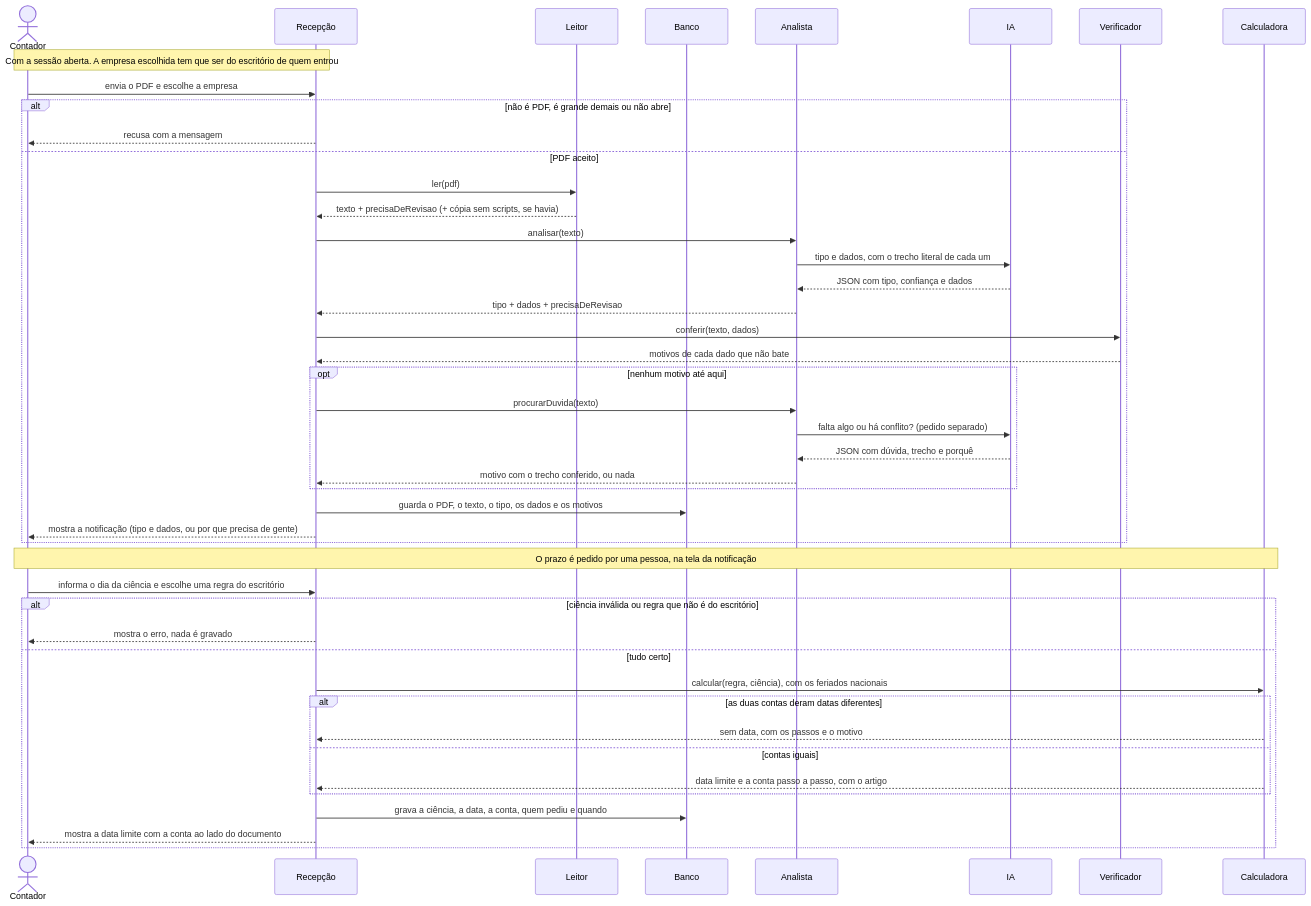
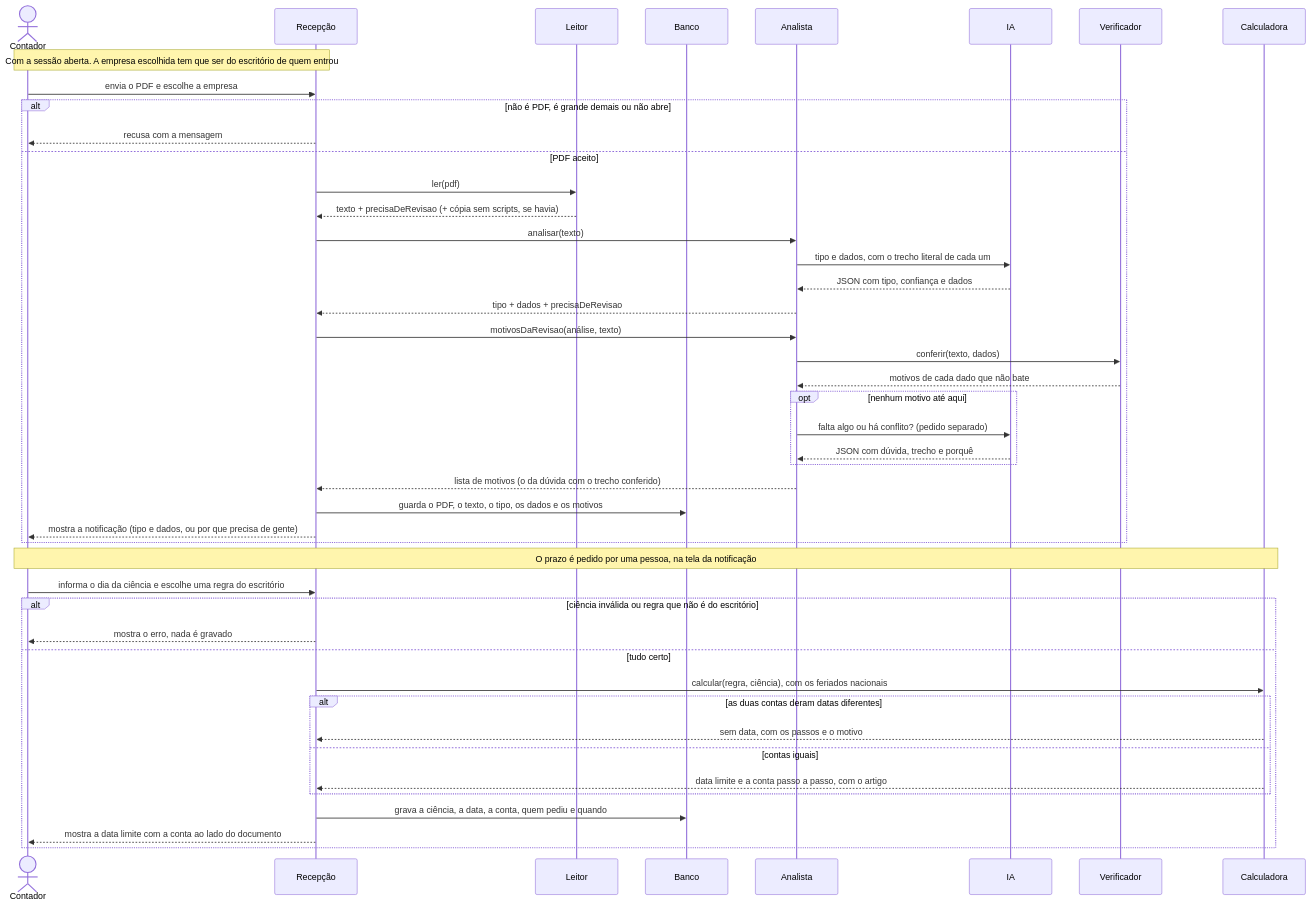
One commit to namtech-agents/atalaia changed the sixth of 9 diagrams in docs/04-arquitetura/arquitetura.md. Above: the diagram before and after it, drawn with Mermaid. The commit also changed other lines of this file and 7 other files, not shown here.

Commit message:
fix: segunda passada desconfia de resposta que se contradiz, filtra o porquê da IA, motivos num lugar só, teste em pares (revisão do Hefesto, #97)

````diff
--- a/docs/04-arquitetura/arquitetura.md
+++ b/docs/04-arquitetura/arquitetura.md
@@ -525,50 +526,50 @@
 ```mermaid
 sequenceDiagram
     actor Contador
     participant Recepcao as Recepção
     participant Leitor
     participant Banco
     participant Analista
     participant IA
     participant Verificador
     participant Calculadora
 
     Note over Contador,Recepcao: Com a sessão aberta. A empresa escolhida tem que ser do escritório de quem entrou
     Contador->>Recepcao: envia o PDF e escolhe a empresa
     alt não é PDF, é grande demais ou não abre
         Recepcao-->>Contador: recusa com a mensagem
     else PDF aceito
         Recepcao->>Leitor: ler(pdf)
         Leitor-->>Recepcao: texto + precisaDeRevisao (+ cópia sem scripts, se havia)
         Recepcao->>Analista: analisar(texto)
         Analista->>IA: tipo e dados, com o trecho literal de cada um
         IA-->>Analista: JSON com tipo, confiança e dados
         Analista-->>Recepcao: tipo + dados + precisaDeRevisao
-        Recepcao->>Verificador: conferir(texto, dados)
-        Verificador-->>Recepcao: motivos de cada dado que não bate
+        Recepcao->>Analista: motivosDaRevisao(análise, texto)
+        Analista->>Verificador: conferir(texto, dados)
+        Verificador-->>Analista: motivos de cada dado que não bate
         opt nenhum motivo até aqui
-            Recepcao->>Analista: procurarDuvida(texto)
             Analista->>IA: falta algo ou há conflito? (pedido separado)
             IA-->>Analista: JSON com dúvida, trecho e porquê
-            Analista-->>Recepcao: motivo com o trecho conferido, ou nada
         end
+        Analista-->>Recepcao: lista de motivos (o da dúvida com o trecho conferido)
         Recepcao->>Banco: guarda o PDF, o texto, o tipo, os dados e os motivos
         Recepcao-->>Contador: mostra a notificação (tipo e dados, ou por que precisa de gente)
     end
 
     Note over Contador,Calculadora: O prazo é pedido por uma pessoa, na tela da notificação
 
     Contador->>Recepcao: informa o dia da ciência e escolhe uma regra do escritório
     alt ciência inválida ou regra que não é do escritório
         Recepcao-->>Contador: mostra o erro, nada é gravado
     else tudo certo
         Recepcao->>Calculadora: calcular(regra, ciência), com os feriados nacionais
         alt as duas contas deram datas diferentes
             Calculadora-->>Recepcao: sem data, com os passos e o motivo
         else contas iguais
             Calculadora-->>Recepcao: data limite e a conta passo a passo, com o artigo
         end
         Recepcao->>Banco: grava a ciência, a data, a conta, quem pediu e quando
         Recepcao-->>Contador: mostra a data limite com a conta ao lado do documento
     end
 ```
````
